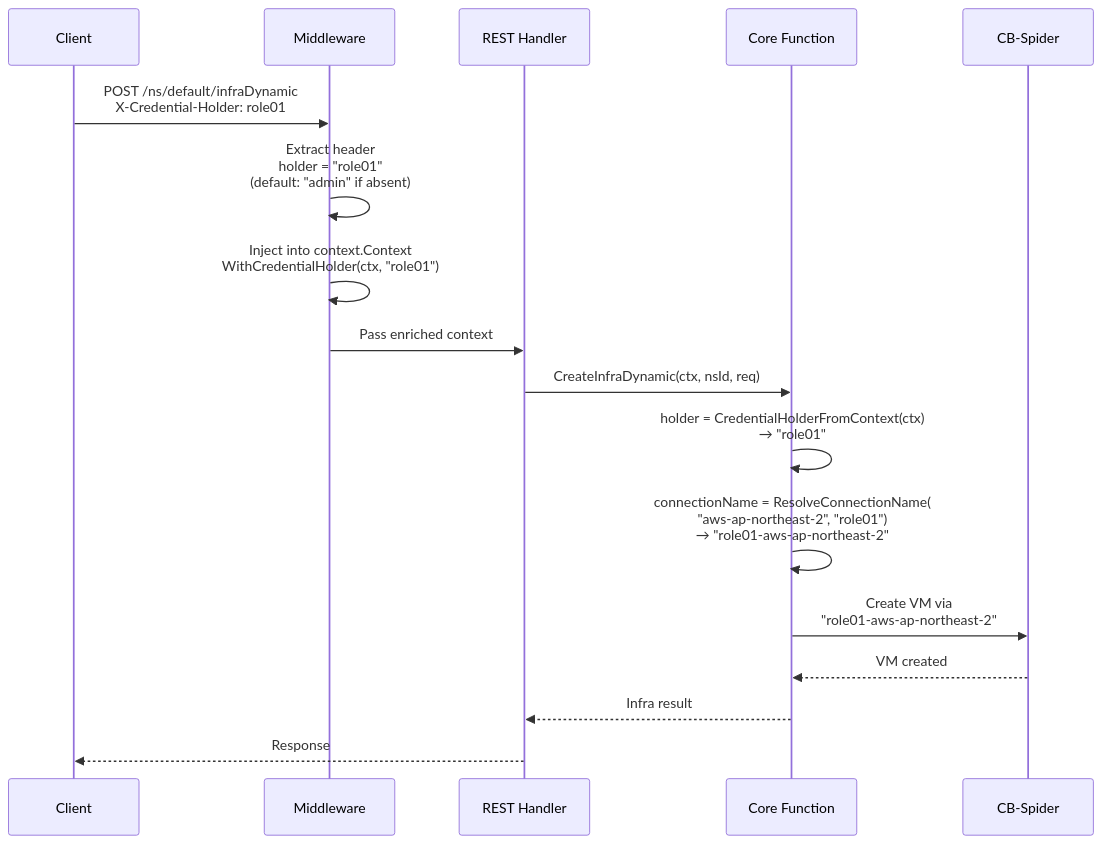
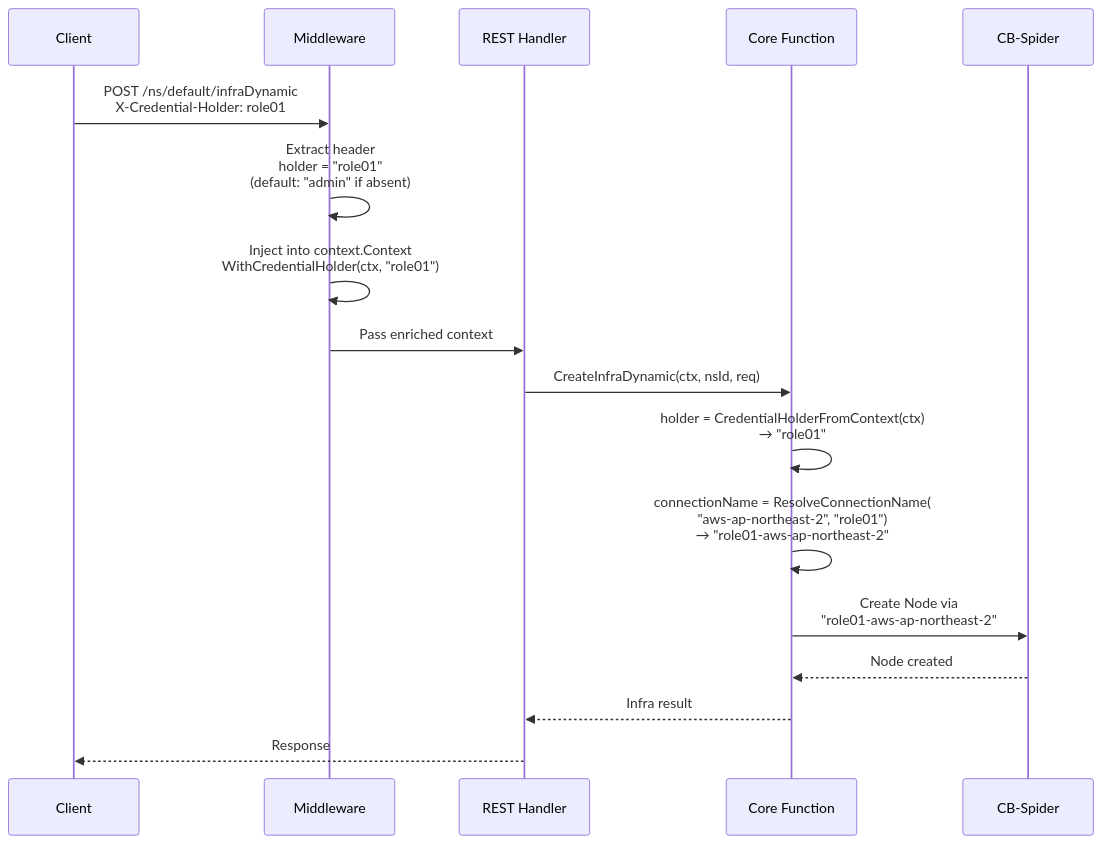
The fourth of 7 diagrams in docs/feature_guide/credential-and-connection.md (cloud-barista/cb-tumblebug), drawn with Mermaid before and after one commit. The commit also changed other lines of this file and 81 other files, not shown here.

````diff
--- a/docs/feature_guide/credential-and-connection.md
+++ b/docs/feature_guide/credential-and-connection.md
@@ -220,24 +220,24 @@
 ```mermaid
 sequenceDiagram
     participant Client
     participant MW as Middleware
     participant Handler as REST Handler
     participant Core as Core Function
     participant Spider as CB-Spider
 
     Client->>MW: POST /ns/default/infraDynamic<br/>X-Credential-Holder: role01
     
     MW->>MW: Extract header<br/>holder = "role01"<br/>(default: "admin" if absent)
     MW->>MW: Inject into context.Context<br/>WithCredentialHolder(ctx, "role01")
     MW->>Handler: Pass enriched context
     
     Handler->>Core: CreateInfraDynamic(ctx, nsId, req)
     
     Core->>Core: holder = CredentialHolderFromContext(ctx)<br/>→ "role01"
     Core->>Core: connectionName = ResolveConnectionName(<br/>"aws-ap-northeast-2", "role01")<br/>→ "role01-aws-ap-northeast-2"
     
-    Core->>Spider: Create VM via<br/>"role01-aws-ap-northeast-2"
-    Spider-->>Core: VM created
+    Core->>Spider: Create Node via<br/>"role01-aws-ap-northeast-2"
+    Spider-->>Core: Node created
     Core-->>Handler: Infra result
     Handler-->>Client: Response
 ```
````
